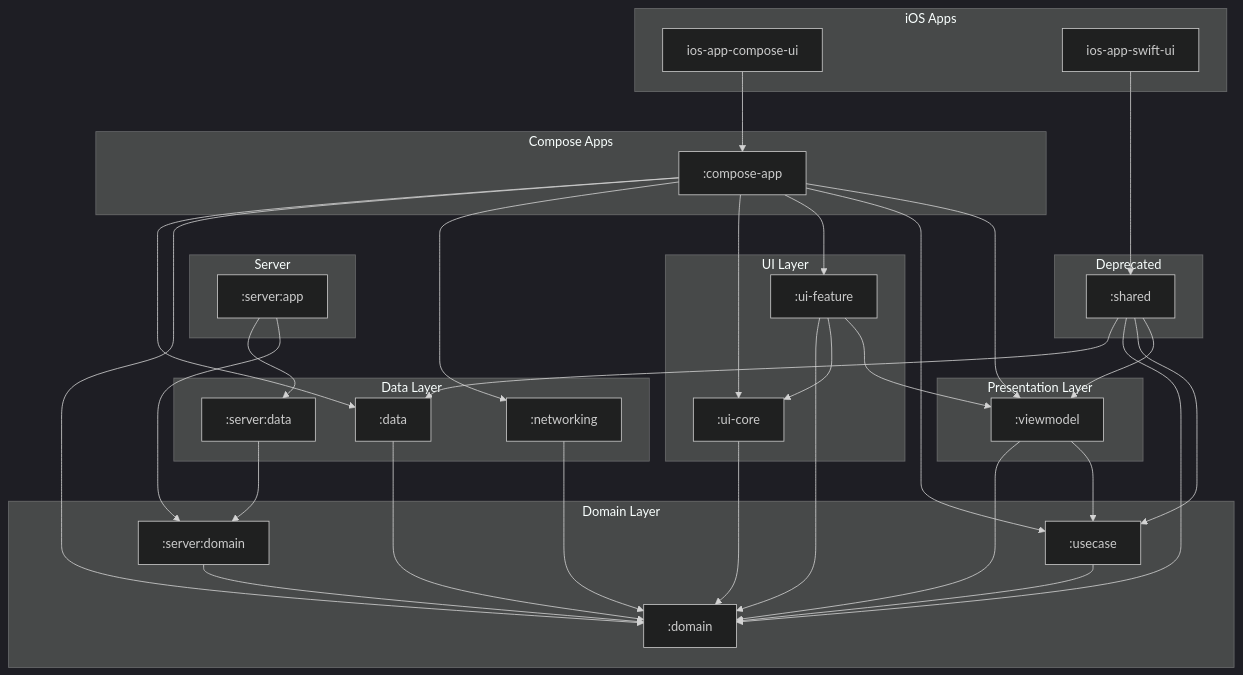
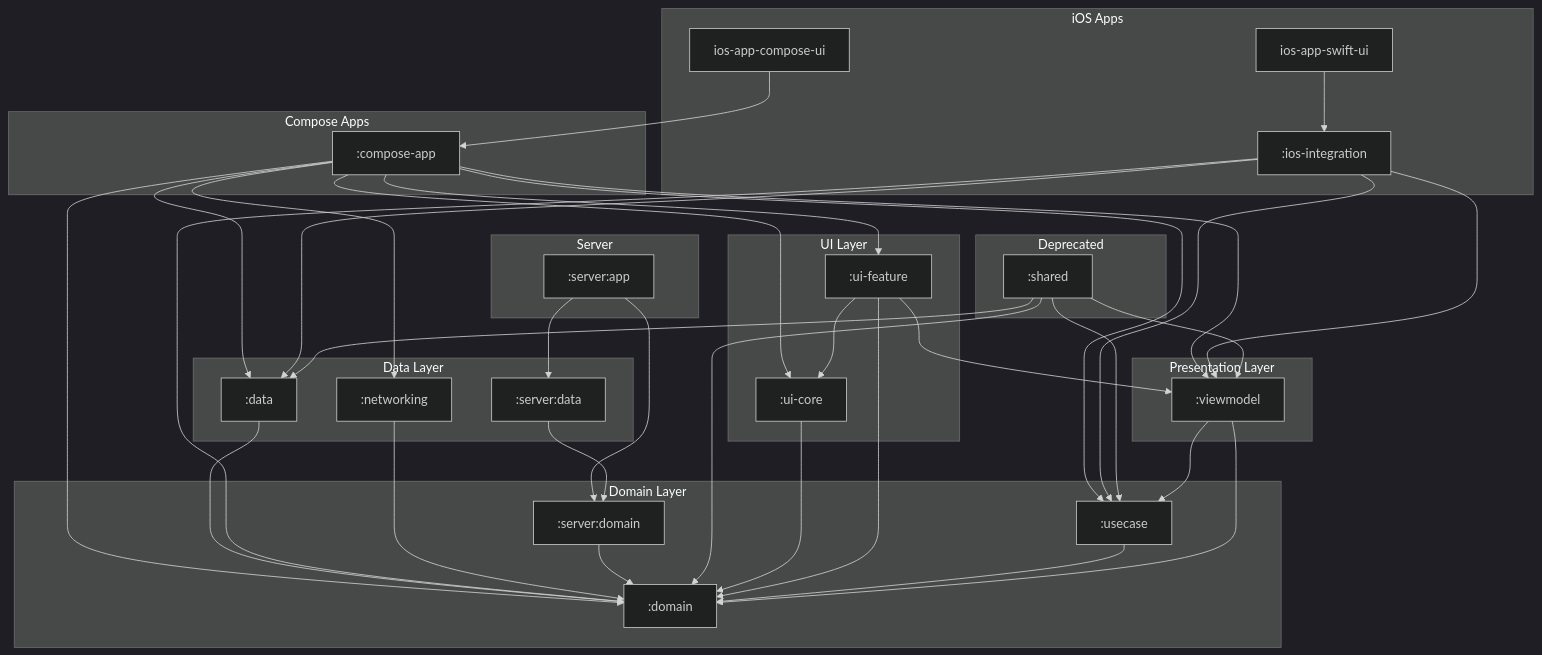
Before and after one commit to cartland/battery-butler: the diagram in docs/diagrams/full_system_structure.mmd, drawn with Mermaid (dark theme). The commit also changed 16 other files, not shown here.

Commit message:
Refactor: Introduce :ios-integration module and deprecate :shared

```diff
--- a/docs/diagrams/full_system_structure.mmd
+++ b/docs/diagrams/full_system_structure.mmd
@@ -1,78 +1,84 @@
 graph TD
     subgraph "iOS Apps"
+        IosIntegration[":ios-integration"]
         Ios-app-compose-ui["ios-app-compose-ui"]
         Ios-app-swift-ui["ios-app-swift-ui"]
     end
 
     subgraph "Compose Apps"
         ComposeApp[":compose-app"]
     end
 
     subgraph "Server"
         ServerApp[":server:app"]
     end
 
     subgraph "UI Layer"
         UICore[":ui-core"]
         UIFeature[":ui-feature"]
     end
 
     subgraph "Presentation Layer"
         ViewModel[":viewmodel"]
     end
 
     subgraph "Domain Layer"
         Domain[":domain"]
         ServerDomain[":server:domain"]
         UseCase[":usecase"]
     end
 
     subgraph "Data Layer"
         Data[":data"]
         Networking[":networking"]
         ServerData[":server:data"]
     end
 
     subgraph "Deprecated"
         Shared[":shared"]
     end
 
     %% Dependencies
     ComposeApp --> Data
     ComposeApp --> Domain
     ComposeApp --> Networking
     ComposeApp --> UICore
     ComposeApp --> UIFeature
     ComposeApp --> UseCase
     ComposeApp --> ViewModel
 
     Data --> Domain
 
+    IosIntegration --> Data
+    IosIntegration --> Domain
+    IosIntegration --> UseCase
+    IosIntegration --> ViewModel
+
     Networking --> Domain
 
     ServerApp --> ServerData
     ServerApp --> ServerDomain
 
     ServerData --> ServerDomain
 
     ServerDomain --> Domain
 
     Shared --> Data
     Shared --> Domain
     Shared --> UseCase
     Shared --> ViewModel
 
     UICore --> Domain
 
     UIFeature --> Domain
     UIFeature --> UICore
     UIFeature --> ViewModel
 
     UseCase --> Domain
 
     ViewModel --> Domain
     ViewModel --> UseCase
 
     Ios-app-compose-ui --> ComposeApp
 
-    Ios-app-swift-ui --> Shared
+    Ios-app-swift-ui --> IosIntegration
```
